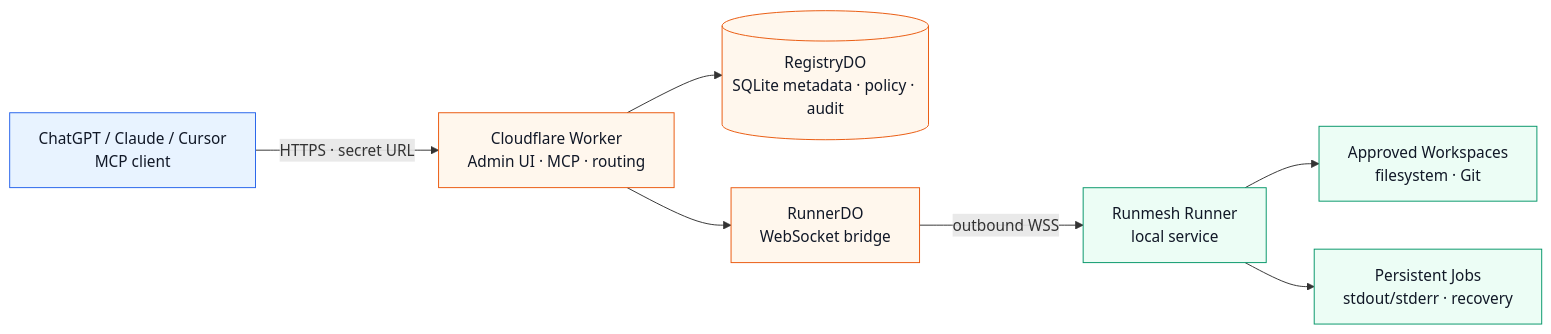
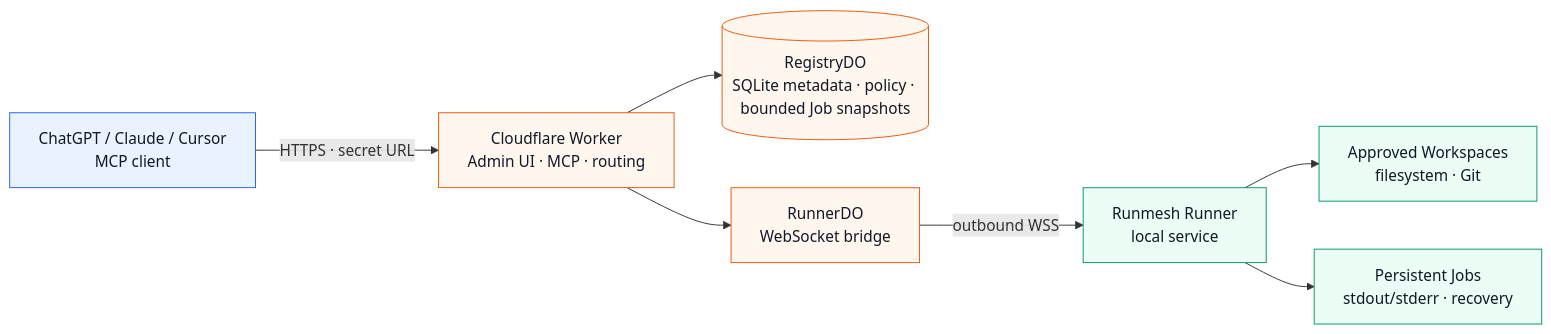
Before and after one commit to aloneio/runmesh: the diagram in README.md, drawn with Mermaid. The commit also changed other lines of this file and 9 other files, not shown here.

````diff
--- a/README.md
+++ b/README.md
@@ -84,16 +84,16 @@
 ```mermaid
 flowchart LR
     Client["ChatGPT / Claude / Cursor<br/>MCP client"] -->|HTTPS · secret URL| Worker["Cloudflare Worker<br/>Admin UI · MCP · routing"]
-    Worker --> Registry[("RegistryDO<br/>SQLite metadata · policy · audit")]
+    Worker --> Registry[("RegistryDO<br/>SQLite metadata · policy · bounded Job snapshots")]
     Worker --> RunnerDO["RunnerDO<br/>WebSocket bridge"]
     RunnerDO -->|outbound WSS| Runner["Runmesh Runner<br/>local service"]
     Runner --> Workspace["Approved Workspaces<br/>filesystem · Git"]
     Runner --> Jobs["Persistent Jobs<br/>stdout/stderr · recovery"]
 
     classDef edge fill:#e8f3ff,stroke:#2563eb,color:#111827
     classDef control fill:#fff7ed,stroke:#ea580c,color:#111827
     classDef local fill:#ecfdf5,stroke:#059669,color:#111827
     class Client edge
     class Worker,Registry,RunnerDO control
     class Runner,Workspace,Jobs local
 ```
````
